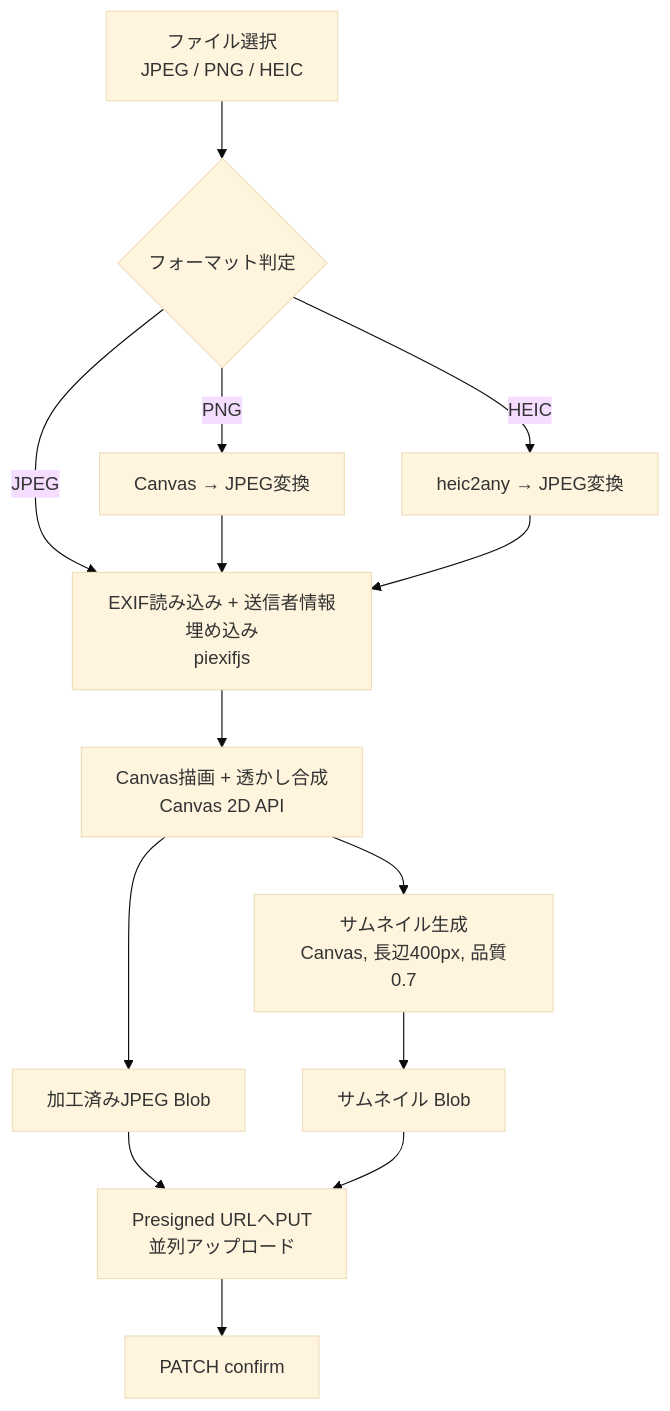
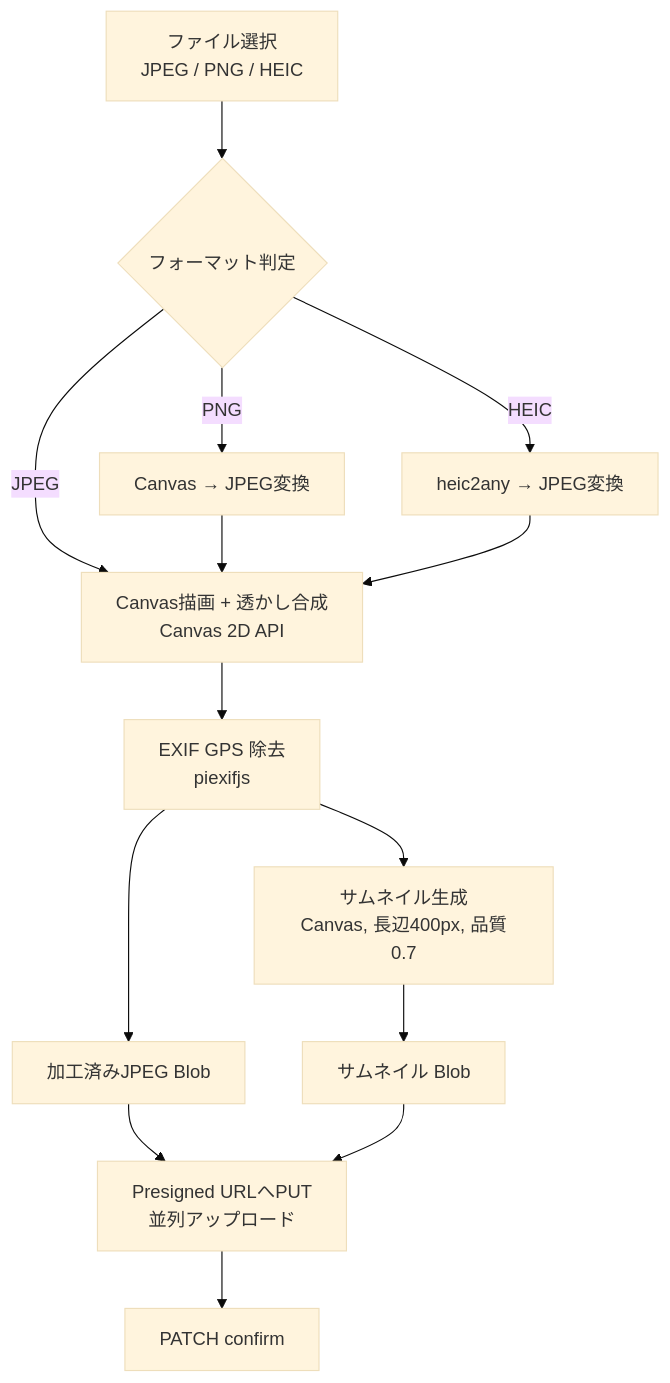
One commit to kuu13580/furdrop changed the third of 3 diagrams in docs/screen-flow.md. Above: the diagram before and after it, drawn with Mermaid (base theme). The commit also changed other lines of this file and 64 other files, not shown here.

````diff
--- a/docs/screen-flow.md
+++ b/docs/screen-flow.md
@@ -450,16 +450,16 @@
 ```mermaid
 flowchart TD
     A[ファイル選択<br/>JPEG / PNG / HEIC] --> B{フォーマット判定}
-    B -->|JPEG| D[EXIF読み込み + 送信者情報埋め込み<br/>piexifjs]
+    B -->|JPEG| E[Canvas描画 + 透かし合成<br/>Canvas 2D API]
     B -->|PNG| C1[Canvas → JPEG変換]
     B -->|HEIC| C2[heic2any → JPEG変換]
-    C1 --> D
-    C2 --> D
-    D --> E[Canvas描画 + 透かし合成<br/>Canvas 2D API]
-    E --> F[加工済みJPEG Blob]
-    E --> G[サムネイル生成<br/>Canvas, 長辺400px, 品質0.7]
+    C1 --> E
+    C2 --> E
+    E --> D[EXIF GPS 除去<br/>piexifjs]
+    D --> F[加工済みJPEG Blob]
+    D --> G[サムネイル生成<br/>Canvas, 長辺400px, 品質0.7]
     G --> H[サムネイル Blob]
     F --> I[Presigned URLへPUT<br/>並列アップロード]
     H --> I
     I --> J[PATCH confirm]
 ```
````
